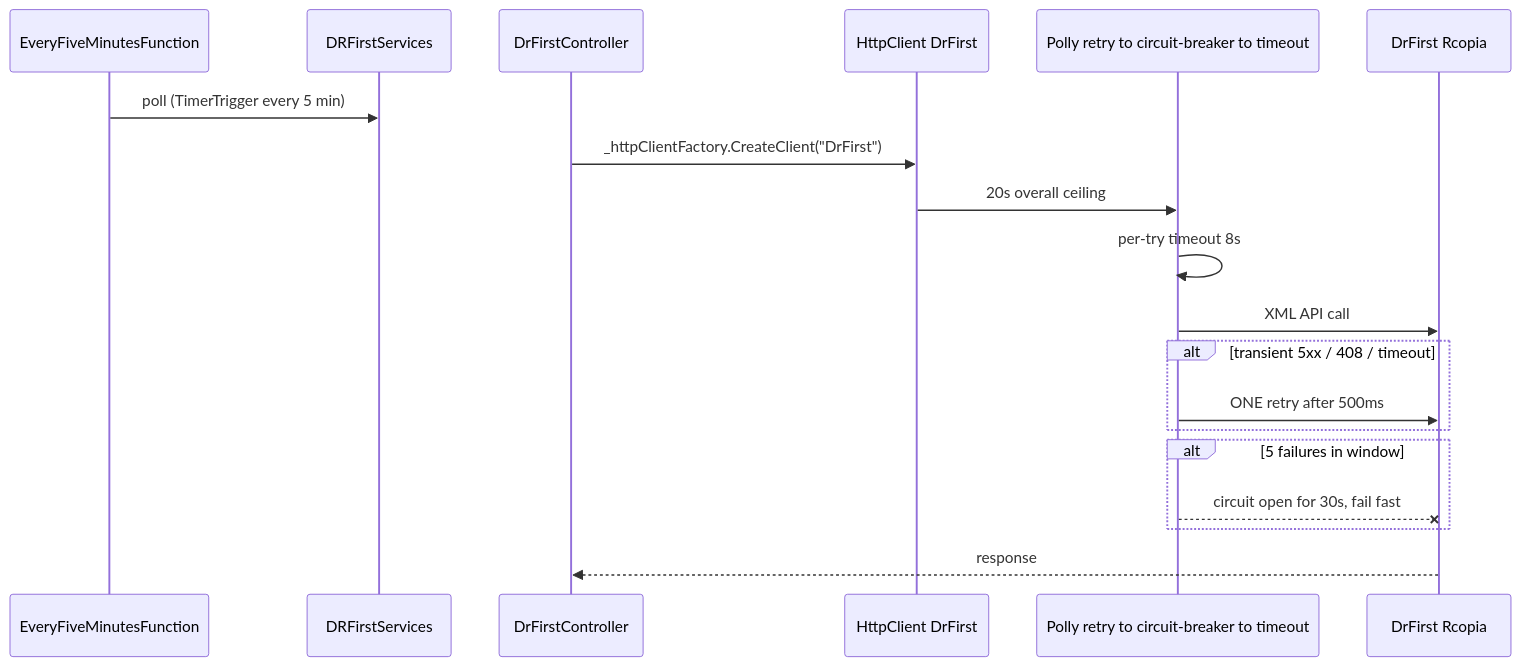
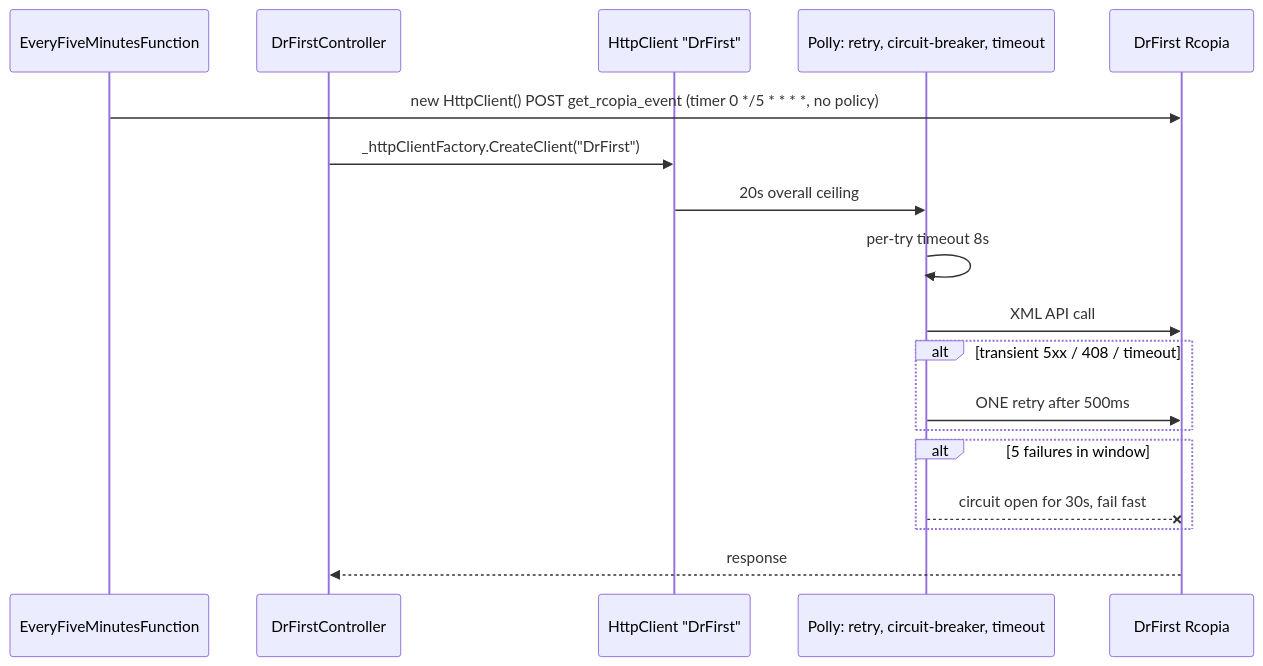
Before and after one commit to hemsingh-3PG/sai-systems-AIRE: the third of 4 diagrams in docs/architecture-diagrams/07-external-integrations-deep-dive-diagrams.md, drawn with Mermaid. The commit also changed other lines of this file and 285 other files, not shown here.

````diff
--- a/docs/architecture-diagrams/07-external-integrations-deep-dive-diagrams.md
+++ b/docs/architecture-diagrams/07-external-integrations-deep-dive-diagrams.md
@@ -69,22 +61,21 @@
 ```mermaid
 sequenceDiagram
   participant F as EveryFiveMinutesFunction
-  participant S as DRFirstServices
   participant CT as DrFirstController
-  participant HC as HttpClient DrFirst
-  participant POL as Polly retry to circuit-breaker to timeout
+  participant HC as HttpClient "DrFirst"
+  participant POL as Polly: retry, circuit-breaker, timeout
   participant DF as DrFirst Rcopia
 
-  F->>S: poll (TimerTrigger every 5 min)
+  F->>DF: new HttpClient() POST get_rcopia_event (timer 0 */5 * * * *, no policy)
   CT->>HC: _httpClientFactory.CreateClient("DrFirst")
   HC->>POL: 20s overall ceiling
   POL->>POL: per-try timeout 8s
   POL->>DF: XML API call
   alt transient 5xx / 408 / timeout
     POL->>DF: ONE retry after 500ms
   end
   alt 5 failures in window
     POL--xDF: circuit open for 30s, fail fast
   end
   DF-->>CT: response
 ```
````
